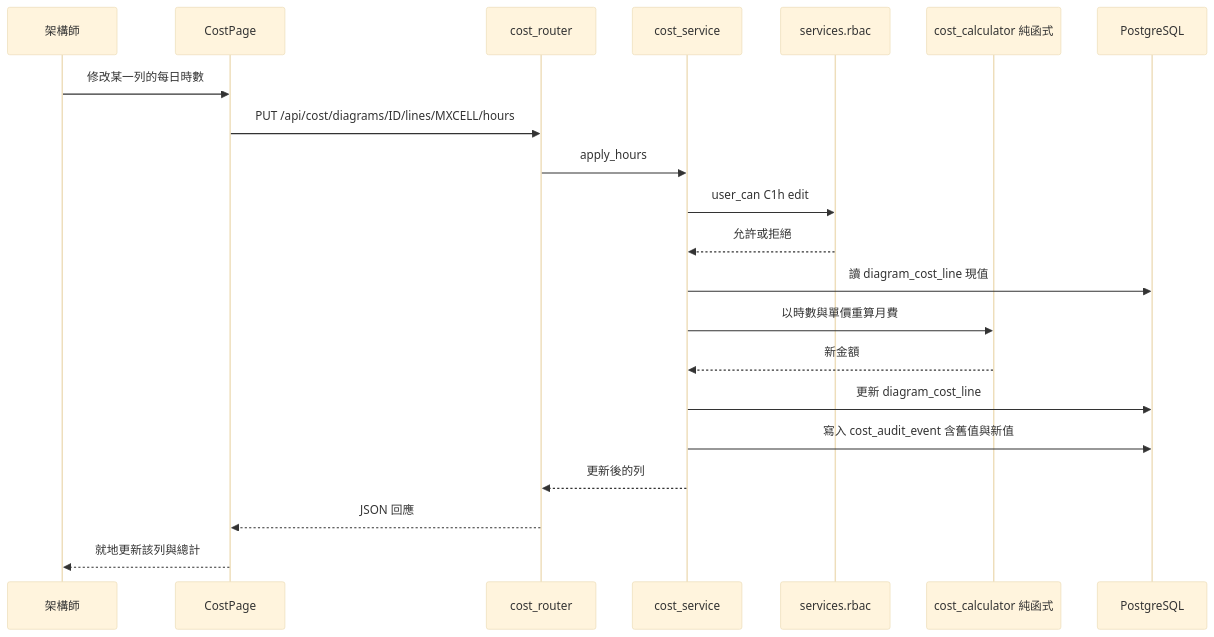
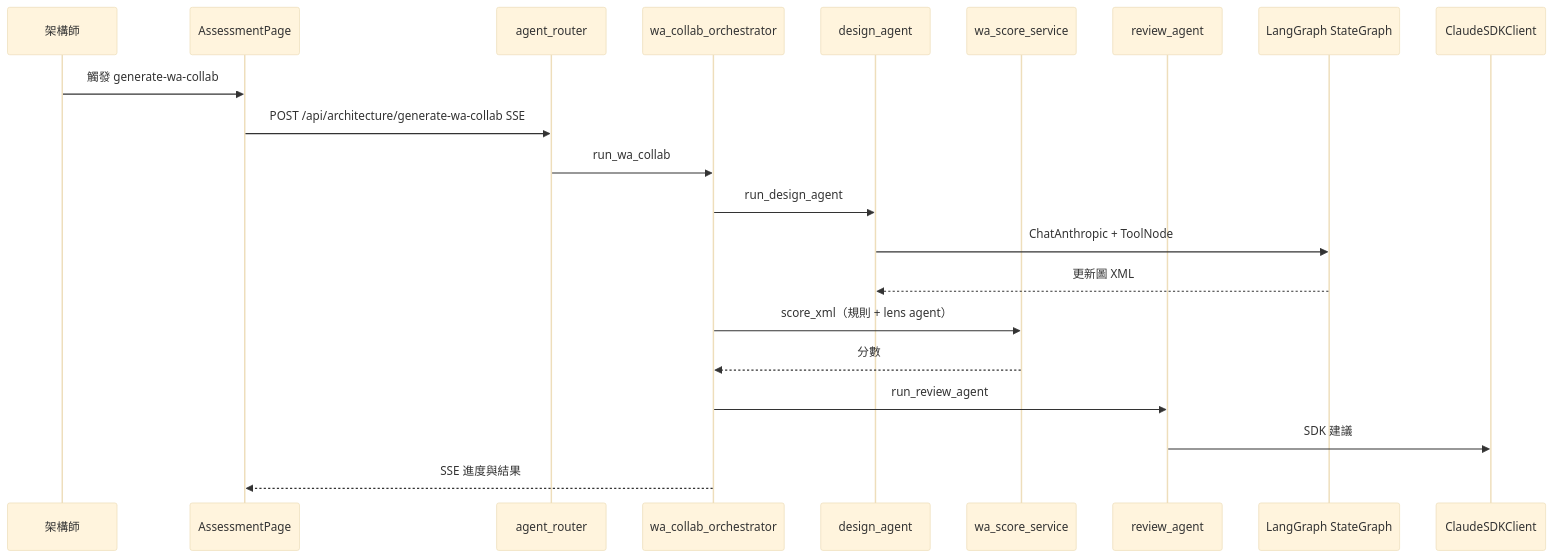
One commit to opendiamonds/cloud-360 changed the fourth of 5 diagrams in aidlc/spaces/default/codekb/cloud/architecture.md. Above: the diagram before and after it, drawn with Mermaid (base theme). The commit also changed other lines of this file and 57 other files, not shown here.

First line of the commit message:
重構(a3): Assessment Review/Lens 改走 LangGraph 並修正串流 state

````diff
--- a/aidlc/spaces/default/codekb/cloud/architecture.md
+++ b/aidlc/spaces/default/codekb/cloud/architecture.md
@@ -148,24 +125,24 @@
 ```mermaid
 sequenceDiagram
   participant U as 架構師
-  participant FE as CostPage
-  participant R as cost_router
-  participant S as cost_service
-  participant RB as services.rbac
-  participant CALC as cost_calculator 純函式
-  participant DB as PostgreSQL
+  participant FE as AssessmentPage
+  participant AR as agent_router
+  participant WC as wa_collab_orchestrator
+  participant DA as design_agent
+  participant WS as wa_score_service
+  participant RA as review_agent
+  participant LG as LangGraph StateGraph
+  participant SDK as ClaudeSDKClient
 
-  U->>FE: 修改某一列的每日時數
-  FE->>R: PUT /api/cost/diagrams/ID/lines/MXCELL/hours
-  R->>S: apply_hours
-  S->>RB: user_can C1h edit
-  RB-->>S: 允許或拒絕
-  S->>DB: 讀 diagram_cost_line 現值
-  S->>CALC: 以時數與單價重算月費
-  CALC-->>S: 新金額
-  S->>DB: 更新 diagram_cost_line
-  S->>DB: 寫入 cost_audit_event 含舊值與新值
-  S-->>R: 更新後的列
-  R-->>FE: JSON 回應
-  FE-->>U: 就地更新該列與總計
+  U->>FE: 觸發 generate-wa-collab
+  FE->>AR: POST /api/architecture/generate-wa-collab SSE
+  AR->>WC: run_wa_collab
+  WC->>DA: run_design_agent
+  DA->>LG: ChatAnthropic + ToolNode
+  LG-->>DA: 更新圖 XML
+  WC->>WS: score_xml（規則 + lens agent）
+  WS-->>WC: 分數
+  WC->>RA: run_review_agent
+  RA->>SDK: SDK 建議
+  WC-->>FE: SSE 進度與結果
 ```
````
